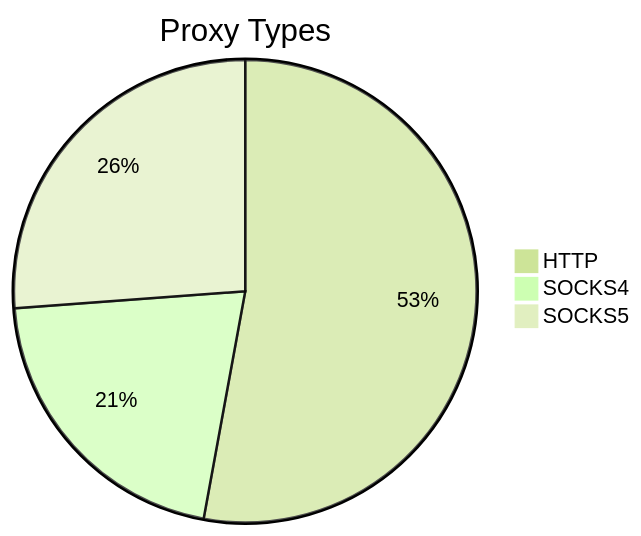
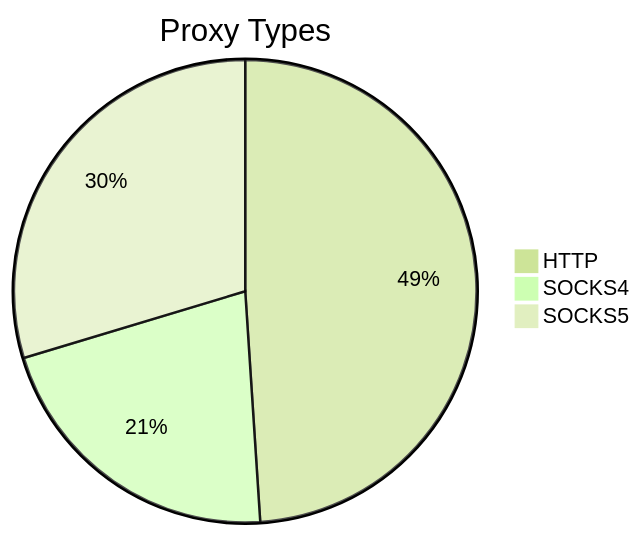
Before and after one commit to stormsia/proxy-list: the first of 2 diagrams in README.md, drawn with Mermaid (forest theme). The commit also changed other lines of this file, not shown here.

````diff
--- a/README.md
+++ b/README.md
@@ -21,6 +21,6 @@
 ```mermaid
 pie title Proxy Types
-    "HTTP" : 101
-    "SOCKS4" : 40
-    "SOCKS5" : 50
+    "HTTP" : 71
+    "SOCKS4" : 31
+    "SOCKS5" : 43
 ```
````
